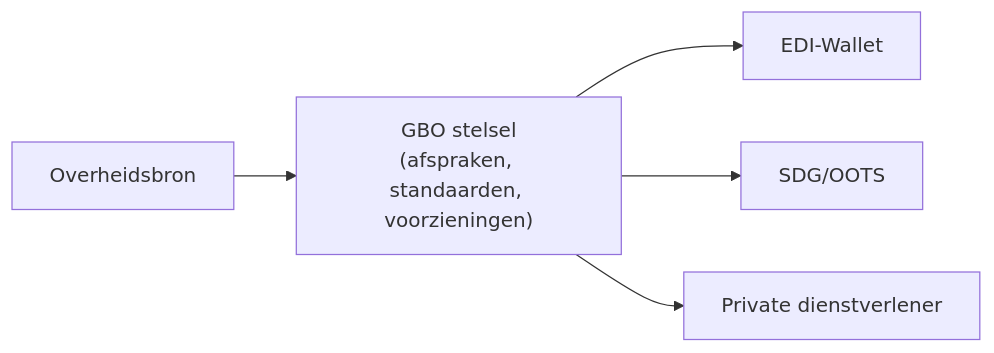
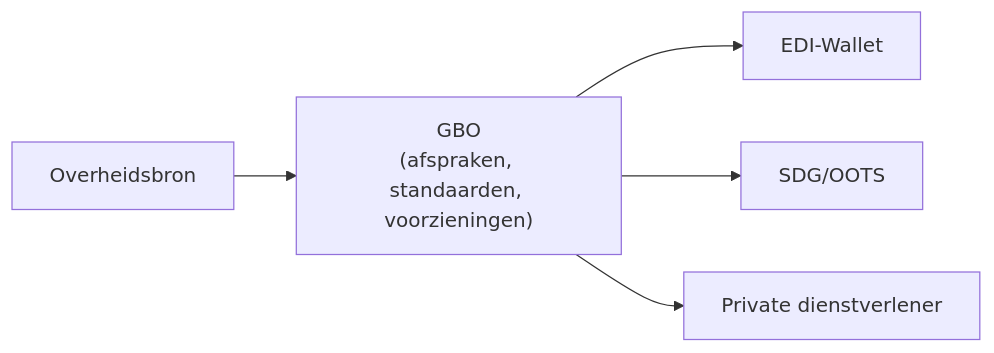
One commit to ICTU/GBO-GO changed the diagram in pr-preview/pr-6/diagrammen/context-diagram.mmd. Above: the diagram before and after it, drawn with Mermaid. The commit also changed 8 other files, not shown here.

````diff
--- a/pr-preview/pr-6/diagrammen/context-diagram.mmd
+++ b/pr-preview/pr-6/diagrammen/context-diagram.mmd
@@ -1,17 +1,17 @@
 ```mermaid
 
 flowchart LR
 
 Bronhouder["Overheidsbron"]
-DvTP["GBO stelsel
+DvTP["GBO
 (afspraken, standaarden, voorzieningen)"]
 Wallet["EDI-Wallet"]
 SDG["SDG/OOTS"]
 Privaat["Private dienstverlener"]
 
 Bronhouder --> DvTP
 DvTP --> Wallet
 DvTP --> SDG
 DvTP --> Privaat
 
 ```
````
